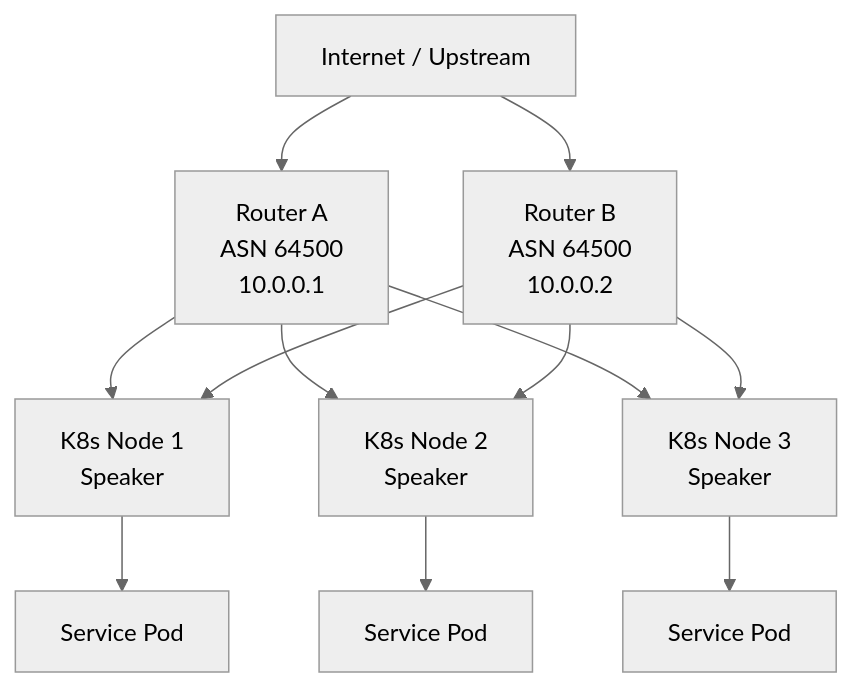
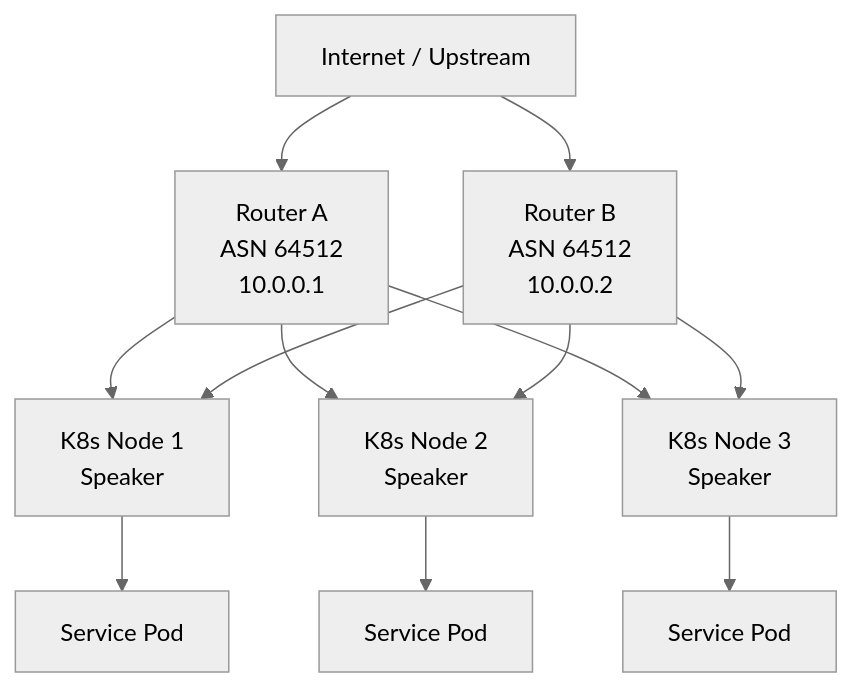
One commit to OneUptime/blog changed the first of 2 diagrams in posts/2026-02-20-metallb-ha-bgp-multi-router/README.md. Above: the diagram before and after it, drawn with Mermaid (neutral theme). The commit also changed other lines of this file and 2 other files, not shown here.

Commit message:
validate: 2026-02-20-metallb-ha-bgp-multi-router

````diff
--- a/posts/2026-02-20-metallb-ha-bgp-multi-router/README.md
+++ b/posts/2026-02-20-metallb-ha-bgp-multi-router/README.md
@@ -21,17 +21,17 @@
 ```mermaid
 flowchart TD
-    Internet[Internet / Upstream] --> Router1[Router A\nASN 64500\n10.0.0.1]
-    Internet --> Router2[Router B\nASN 64500\n10.0.0.2]
+    Internet[Internet / Upstream] --> Router1[Router A\nASN 64512\n10.0.0.1]
+    Internet --> Router2[Router B\nASN 64512\n10.0.0.2]
 
     Router1 --> Node1[K8s Node 1\nSpeaker]
     Router1 --> Node2[K8s Node 2\nSpeaker]
     Router1 --> Node3[K8s Node 3\nSpeaker]
 
     Router2 --> Node1
     Router2 --> Node2
     Router2 --> Node3
 
     Node1 --> Pod1[Service Pod]
     Node2 --> Pod2[Service Pod]
     Node3 --> Pod3[Service Pod]
 ```
````
